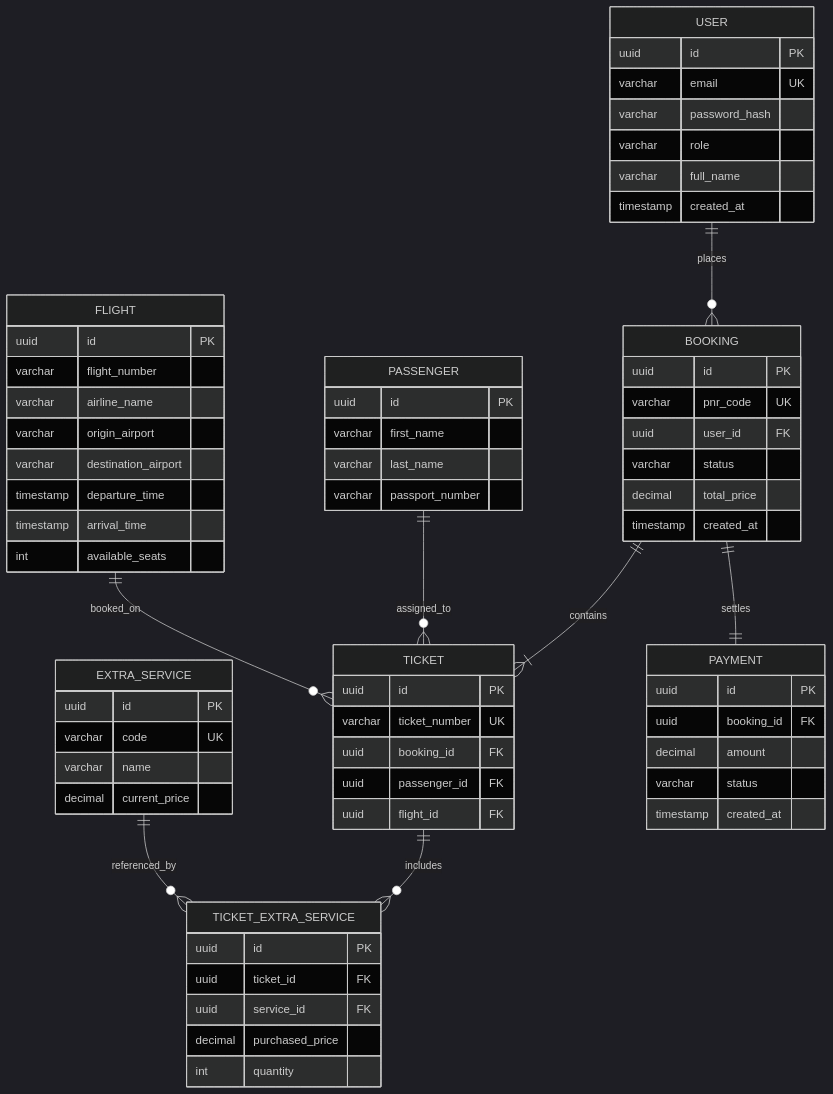
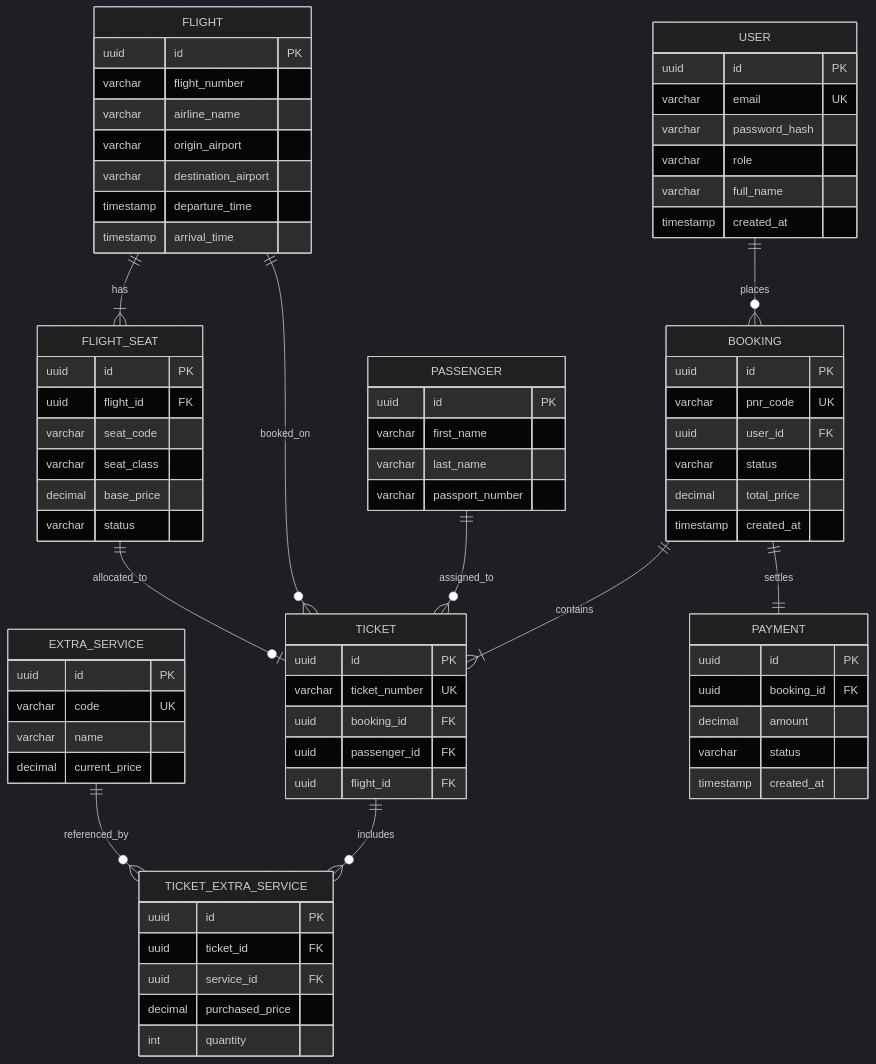
One commit to MVlance/kpi2_laba changed the diagram in README.md. Above: the diagram before and after it, drawn with Mermaid (dark theme). The commit also changed other lines of this file and 1 other file, not shown here.

Commit message:
fix: created FlightSeat entity to prevent double booking

````diff
--- a/README.md
+++ b/README.md
@@ -9,70 +9,79 @@
 ```mermaid
 erDiagram
     USER ||--o{ BOOKING : places
     BOOKING ||--|{ TICKET : contains
     PASSENGER ||--o{ TICKET : assigned_to
     FLIGHT ||--o{ TICKET : booked_on
+    FLIGHT ||--|{ FLIGHT_SEAT : has
+    FLIGHT_SEAT ||--o| TICKET : allocated_to
     TICKET ||--o{ TICKET_EXTRA_SERVICE : includes
     EXTRA_SERVICE ||--o{ TICKET_EXTRA_SERVICE : referenced_by
     BOOKING ||--|| PAYMENT : settles
 
     USER {
         uuid id PK
         varchar email UK
         varchar password_hash
         varchar role
         varchar full_name
         timestamp created_at
     }
     FLIGHT {
         uuid id PK
         varchar flight_number
         varchar airline_name
         varchar origin_airport
         varchar destination_airport
         timestamp departure_time
         timestamp arrival_time
-        int available_seats
+    }
+    FLIGHT_SEAT {
+        uuid id PK
+        uuid flight_id FK
+        varchar seat_code
+        varchar seat_class
+        decimal base_price
+        varchar status
     }
     BOOKING {
         uuid id PK
         varchar pnr_code UK
         uuid user_id FK
         varchar status
         decimal total_price
         timestamp created_at
     }
     PASSENGER {
         uuid id PK
         varchar first_name
         varchar last_name
         varchar passport_number
     }
     TICKET {
         uuid id PK
         varchar ticket_number UK
         uuid booking_id FK
         uuid passenger_id FK
         uuid flight_id FK
     }
     EXTRA_SERVICE {
         uuid id PK
         varchar code UK
         varchar name
         decimal current_price
     }
     TICKET_EXTRA_SERVICE {
         uuid id PK
         uuid ticket_id FK
         uuid service_id FK
         decimal purchased_price
         int quantity
     }
     PAYMENT {
         uuid id PK
         uuid booking_id FK
         decimal amount
         varchar status
         timestamp created_at
     }
 ```
````
